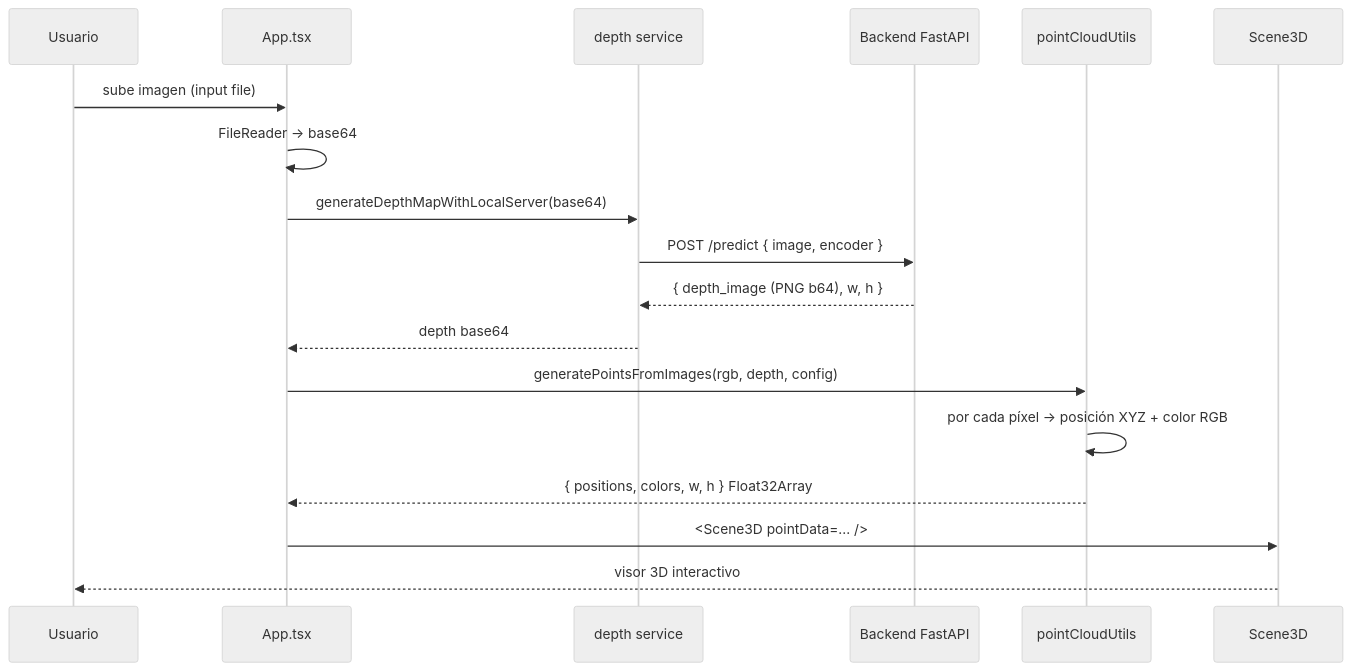
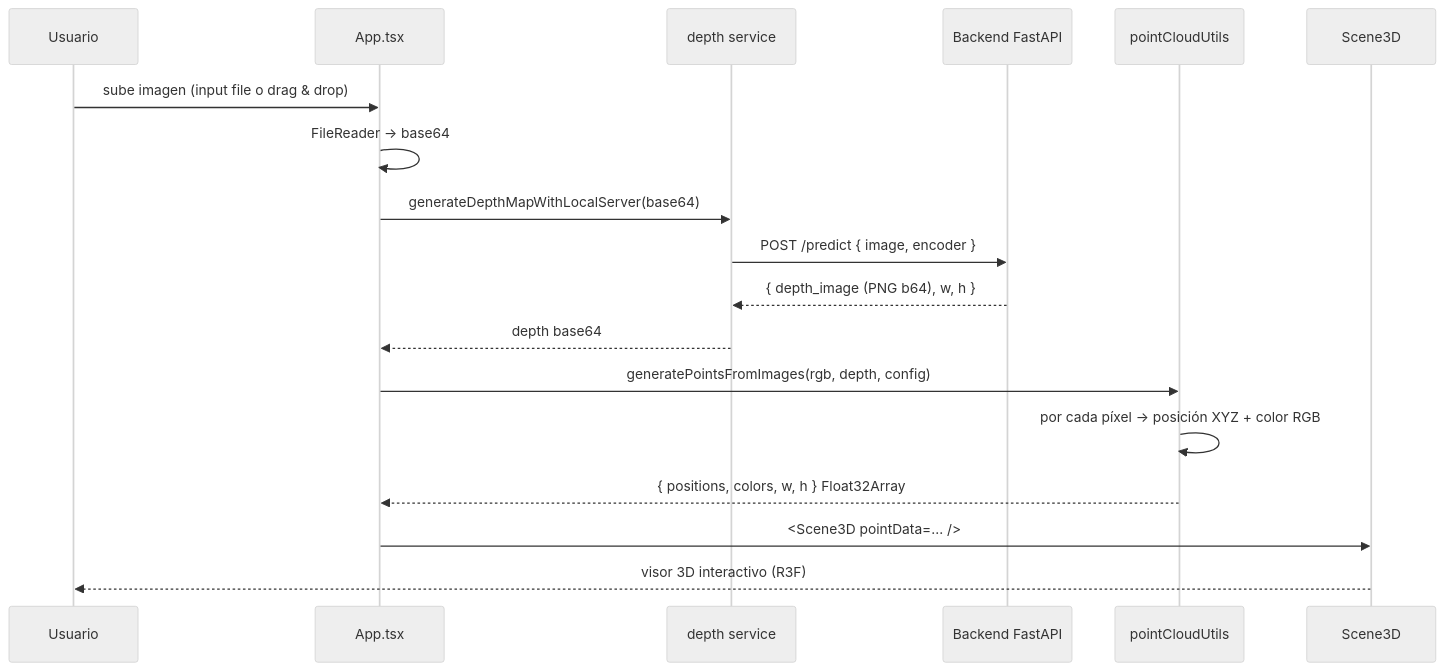
One commit to Jjat00/image_to_xyz changed the third of 3 diagrams in README.md. Above: the diagram before and after it, drawn with Mermaid (neutral theme). The commit also changed other lines of this file and 1 other file, not shown here.

````diff
--- a/README.md
+++ b/README.md
@@ -51,21 +69,21 @@
 ```mermaid
 sequenceDiagram
     participant U as Usuario
     participant App as App.tsx
     participant Svc as depth service
     participant Be as Backend FastAPI
     participant Util as pointCloudUtils
     participant 3D as Scene3D
 
-    U->>App: sube imagen (input file)
+    U->>App: sube imagen (input file o drag & drop)
     App->>App: FileReader → base64
     App->>Svc: generateDepthMapWithLocalServer(base64)
     Svc->>Be: POST /predict { image, encoder }
     Be-->>Svc: { depth_image (PNG b64), w, h }
     Svc-->>App: depth base64
     App->>Util: generatePointsFromImages(rgb, depth, config)
     Util->>Util: por cada píxel → posición XYZ + color RGB
     Util-->>App: { positions, colors, w, h } Float32Array
     App->>3D: <Scene3D pointData=... />
-    3D-->>U: visor 3D interactivo
+    3D-->>U: visor 3D interactivo (R3F)
 ```
````
